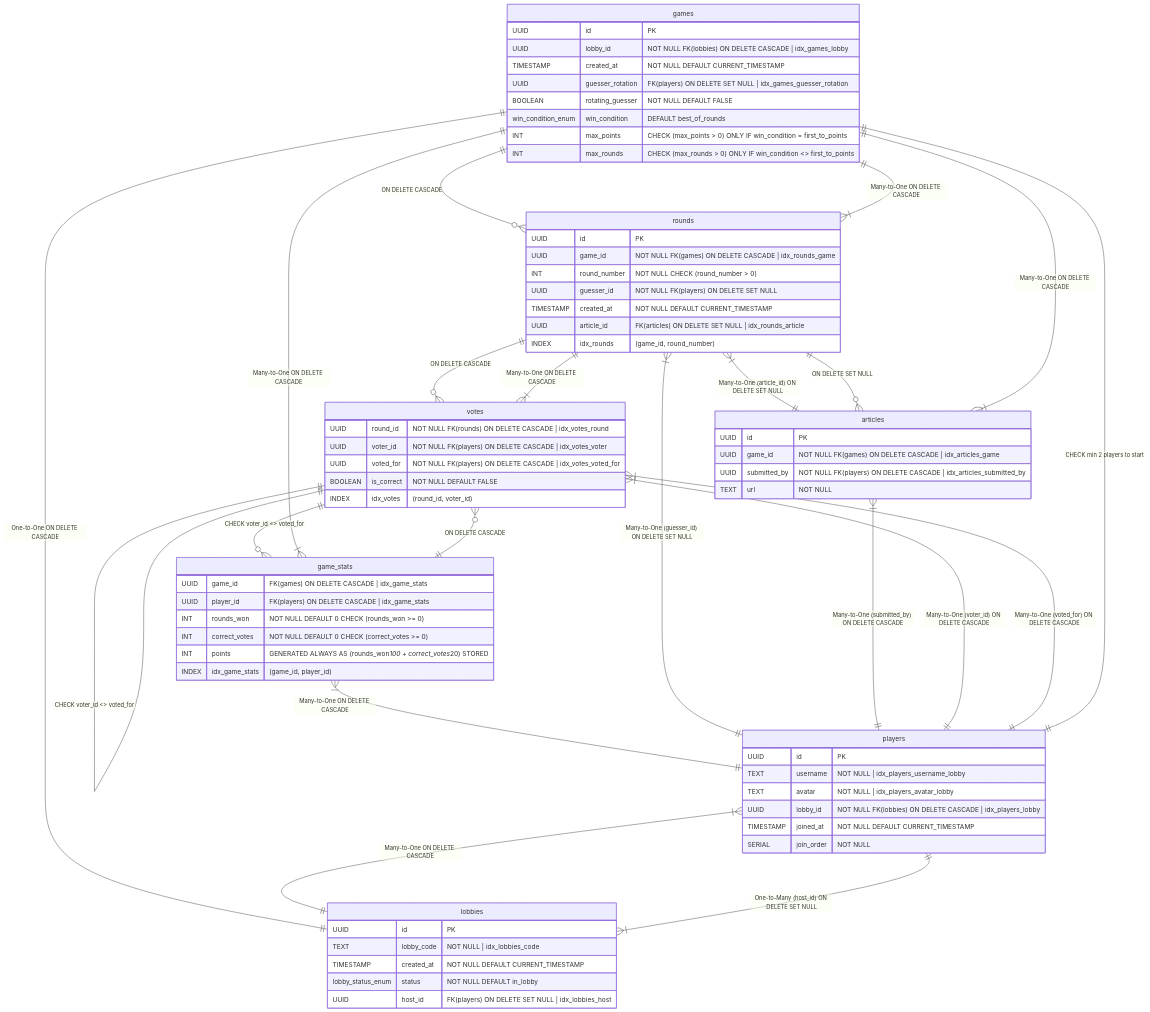
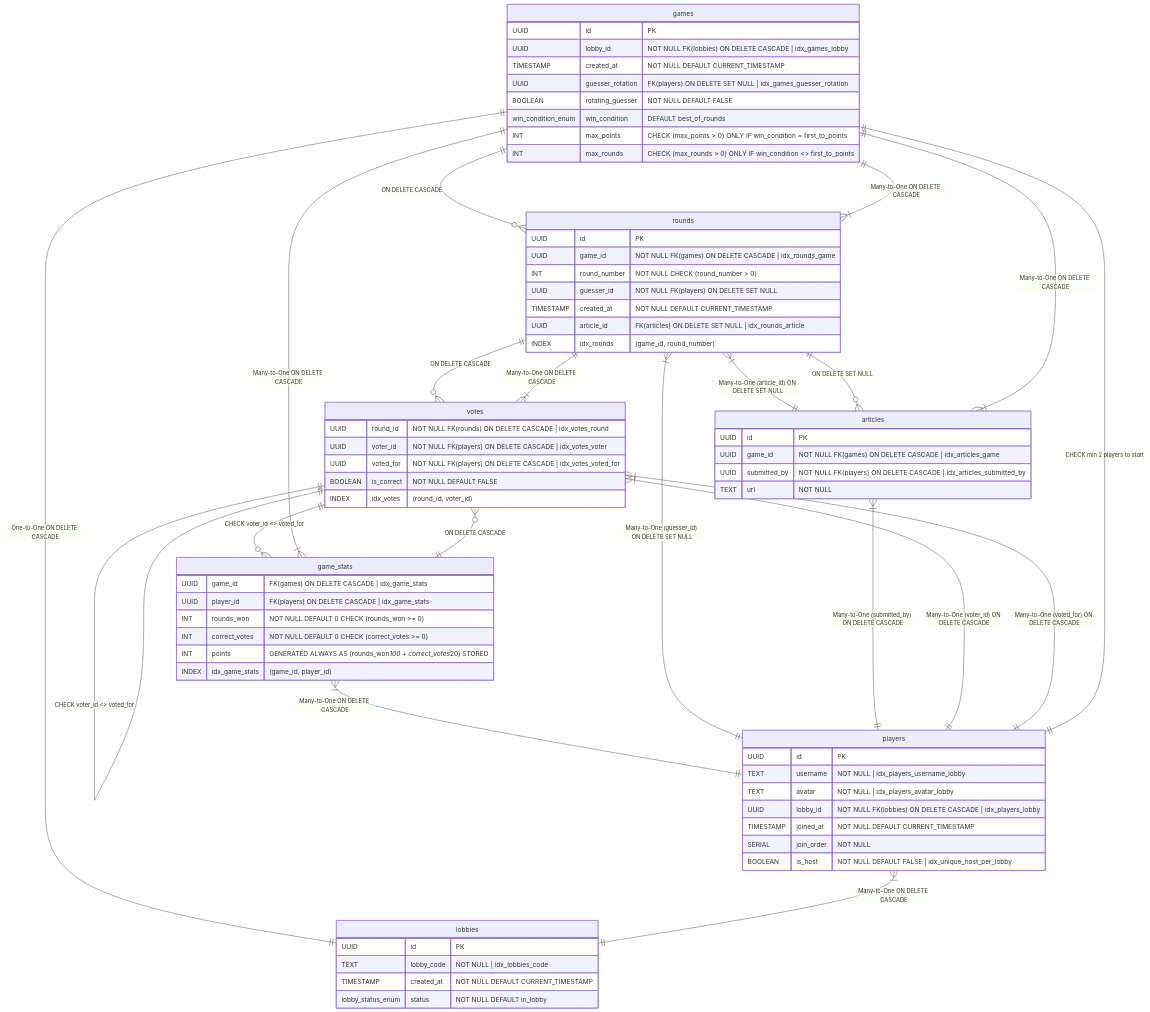
The diagram in schema/schema.mmd (J-Parkinson/sotpal), drawn with Mermaid before and after one commit. The commit also changed 1 other file, not shown here.

Commit message:
Update players and lobbies tables to remove circular dependency

```diff
--- a/schema/schema.mmd
+++ b/schema/schema.mmd
@@ -1,97 +1,96 @@
 erDiagram
 
     %% Players and Lobbies Section
     players {
         UUID id "PK"
         TEXT username "NOT NULL | idx_players_username_lobby"
         TEXT avatar "NOT NULL | idx_players_avatar_lobby"
         UUID lobby_id "NOT NULL FK(lobbies) ON DELETE CASCADE | idx_players_lobby"
         TIMESTAMP joined_at "NOT NULL DEFAULT CURRENT_TIMESTAMP"
         SERIAL join_order "NOT NULL"
+        BOOLEAN is_host "NOT NULL DEFAULT FALSE | idx_unique_host_per_lobby"
     }
 
     lobbies {
         UUID id "PK"
         TEXT lobby_code "NOT NULL | idx_lobbies_code"
         TIMESTAMP created_at "NOT NULL DEFAULT CURRENT_TIMESTAMP"
         lobby_status_enum status "NOT NULL DEFAULT in_lobby"
-        UUID host_id "FK(players) ON DELETE SET NULL | idx_lobbies_host"
     }
 
     %% Games and Players Section
     games {
         UUID id "PK"
         UUID lobby_id "NOT NULL FK(lobbies) ON DELETE CASCADE | idx_games_lobby"
         TIMESTAMP created_at "NOT NULL DEFAULT CURRENT_TIMESTAMP"
         UUID guesser_rotation "FK(players) ON DELETE SET NULL | idx_games_guesser_rotation"
         BOOLEAN rotating_guesser "NOT NULL DEFAULT FALSE"
         win_condition_enum win_condition "DEFAULT best_of_rounds"
         INT max_points "CHECK (max_points > 0) ONLY IF win_condition = first_to_points"
         INT max_rounds "CHECK (max_rounds > 0) ONLY IF win_condition <> first_to_points"
     }
 
     game_stats {
         UUID game_id "FK(games) ON DELETE CASCADE | idx_game_stats"
         UUID player_id "FK(players) ON DELETE CASCADE | idx_game_stats"
         INT rounds_won "NOT NULL DEFAULT 0 CHECK (rounds_won >= 0)"
         INT correct_votes "NOT NULL DEFAULT 0 CHECK (correct_votes >= 0)"
         INT points "GENERATED ALWAYS AS (rounds_won*100 + correct_votes*20) STORED"
         INDEX idx_game_stats "(game_id, player_id)"
     }
 
     %% Rounds and Articles Section
     rounds {
         UUID id "PK"
         UUID game_id "NOT NULL FK(games) ON DELETE CASCADE | idx_rounds_game"
         INT round_number "NOT NULL CHECK (round_number > 0)"
         UUID guesser_id "NOT NULL FK(players) ON DELETE SET NULL"
         TIMESTAMP created_at "NOT NULL DEFAULT CURRENT_TIMESTAMP"
         UUID article_id "FK(articles) ON DELETE SET NULL | idx_rounds_article"
         INDEX idx_rounds "(game_id, round_number)"
     }
 
     articles {
         UUID id "PK"
         UUID game_id "NOT NULL FK(games) ON DELETE CASCADE | idx_articles_game"
         UUID submitted_by "NOT NULL FK(players) ON DELETE CASCADE | idx_articles_submitted_by"
         TEXT url "NOT NULL"
     }
 
     %% Votes Section
     votes {
         UUID round_id "NOT NULL FK(rounds) ON DELETE CASCADE | idx_votes_round"
         UUID voter_id "NOT NULL FK(players) ON DELETE CASCADE | idx_votes_voter"
         UUID voted_for "NOT NULL FK(players) ON DELETE CASCADE | idx_votes_voted_for"
         BOOLEAN is_correct "NOT NULL DEFAULT FALSE"
         INDEX idx_votes "(round_id, voter_id)"
     }
 
     %% Relationships (Foreign Keys)
     games ||--|| lobbies : "One-to-One ON DELETE CASCADE"
     game_stats }|--|| games : "Many-to-One ON DELETE CASCADE"
     game_stats }|--|| players : "Many-to-One ON DELETE CASCADE"
 
     players }|--|| lobbies : "Many-to-One ON DELETE CASCADE"
-    lobbies }|--|| players : "One-to-Many (host_id) ON DELETE SET NULL"
 
     rounds }|--|| games : "Many-to-One ON DELETE CASCADE"
     rounds }|--|| players : "Many-to-One (guesser_id) ON DELETE SET NULL"
     rounds }|--|| articles : "Many-to-One (article_id) ON DELETE SET NULL"
 
     articles }|--|| games : "Many-to-One ON DELETE CASCADE"
     articles }|--|| players : "Many-to-One (submitted_by) ON DELETE CASCADE"
 
     votes }|--|| rounds : "Many-to-One ON DELETE CASCADE"
     votes }|--|| players : "Many-to-One (voter_id) ON DELETE CASCADE"
     votes }|--|| players : "Many-to-One (voted_for) ON DELETE CASCADE"
 
     %% Constraints & Delete Actions
     votes ||--o{ game_stats : "CHECK voter_id <> voted_for"
     games ||--o{ rounds : "ON DELETE CASCADE"
     rounds ||--o{ articles : "ON DELETE SET NULL"
     rounds ||--o{ votes : "ON DELETE CASCADE"
     game_stats ||--o{ votes : "ON DELETE CASCADE"
 
-    %% Representing Constraints as Lines
+    %% Representing Constraints
     games ||--|| players : "CHECK min 2 players to start"
     votes ||--|| votes : "CHECK voter_id <> voted_for"
```
